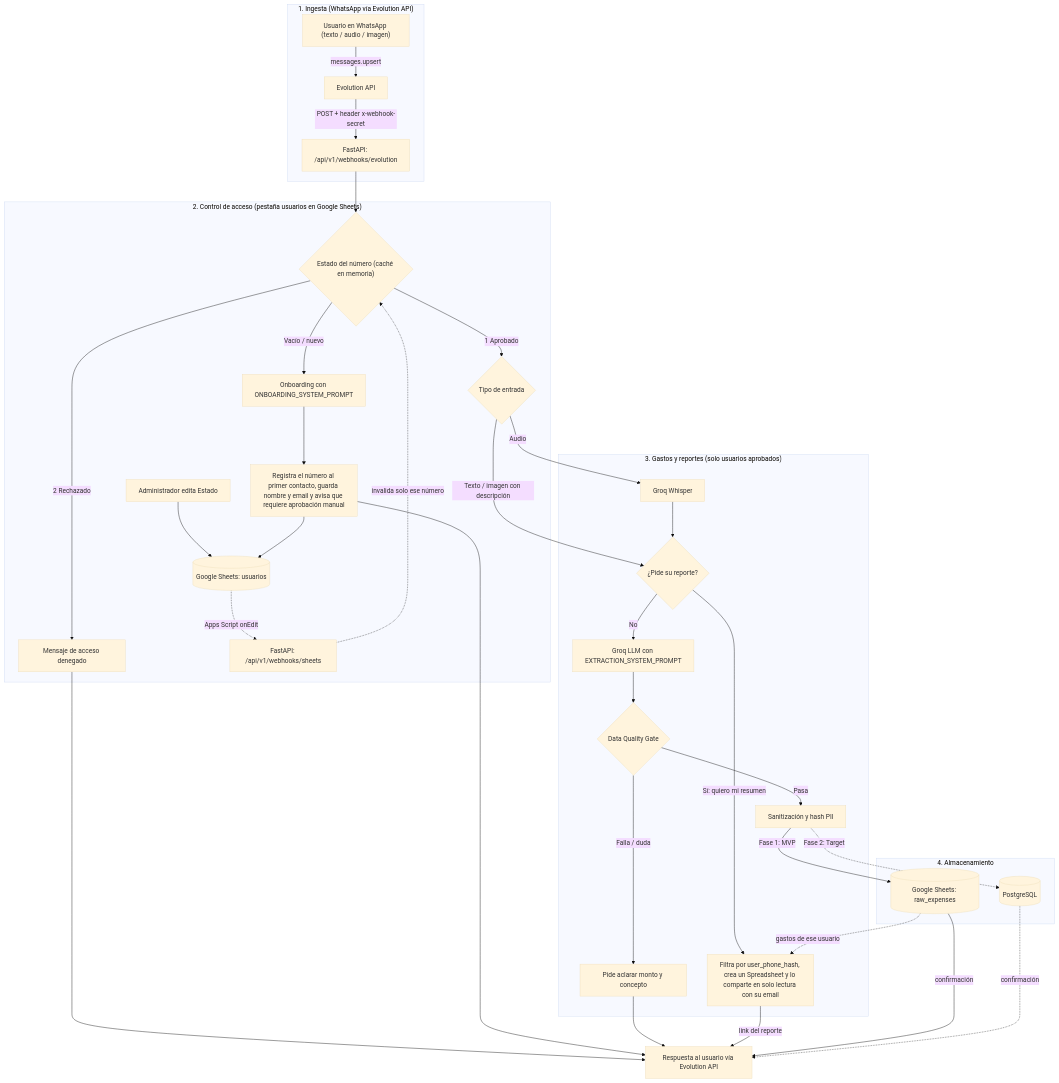
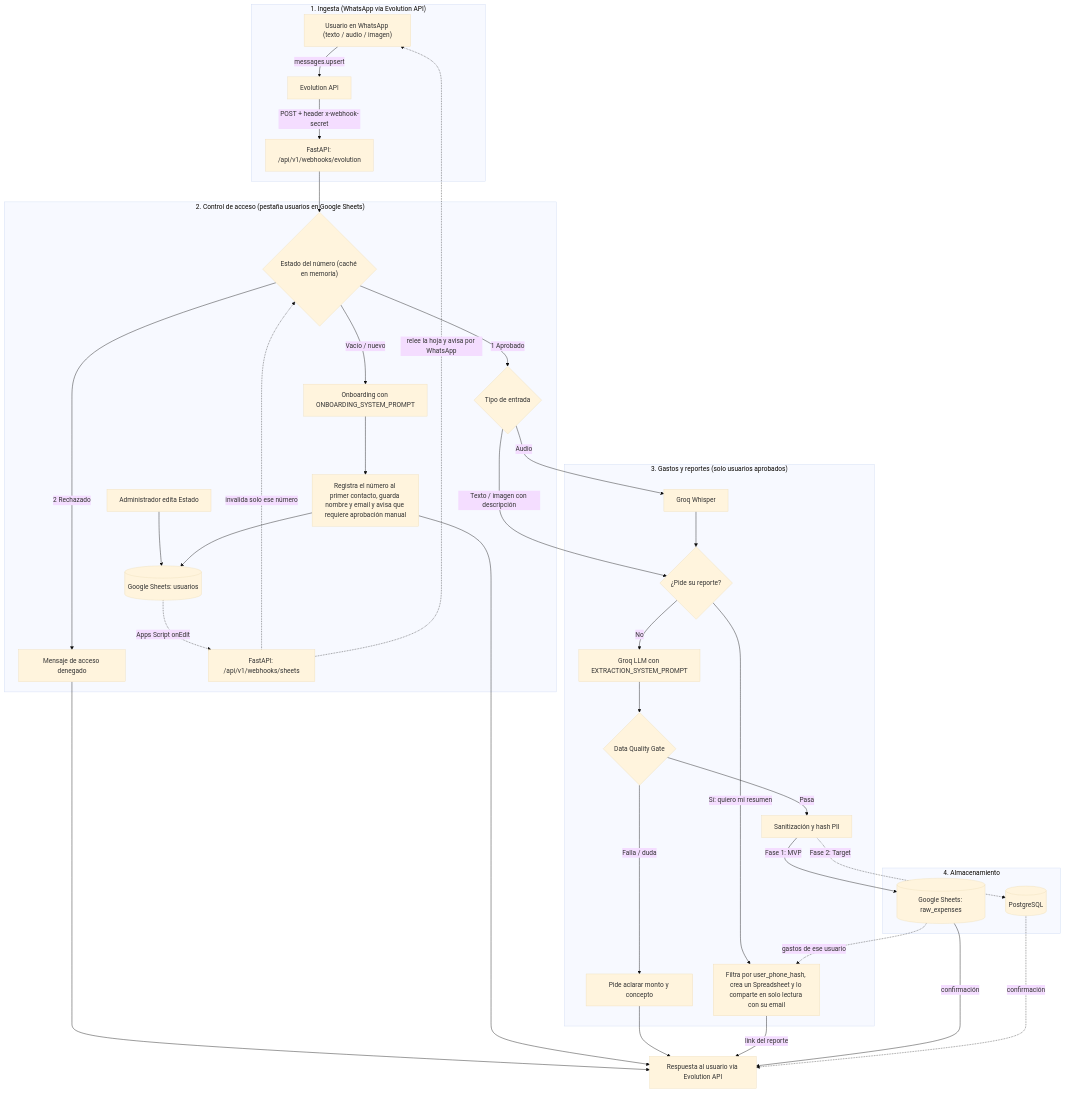
The first of 2 diagrams in README.md (AndersonMauricio/Bot-de-Registro-Financiero), drawn with Mermaid (base theme) before and after one commit. The commit also changed other lines of this file and 14 other files, not shown here.

````diff
--- a/README.md
+++ b/README.md
@@ -22,43 +22,44 @@
 ```mermaid
 flowchart TD
     subgraph Ingestion["1. Ingesta (WhatsApp vía Evolution API)"]
         WA["Usuario en WhatsApp (texto / audio / imagen)"] -->|"messages.upsert"| EVO["Evolution API"]
         EVO -->|"POST + header x-webhook-secret"| API["FastAPI: /api/v1/webhooks/evolution"]
     end
 
     subgraph Access["2. Control de acceso (pestaña usuarios en Google Sheets)"]
         API --> ROUTER{"Estado del número (caché en memoria)"}
         ROUTER -->|"2 Rechazado"| DENY["Mensaje de acceso denegado"]
         ROUTER -->|"Vacío / nuevo"| ONB["Onboarding con ONBOARDING_SYSTEM_PROMPT"]
         ONB --> PEND["Registra el número al primer contacto, guarda nombre y email y avisa que requiere aprobación manual"]
         ROUTER -->|"1 Aprobado"| INPUT{"Tipo de entrada"}
         ADMIN["Administrador edita Estado"] --> USERS[("Google Sheets: usuarios")]
         PEND --> USERS
         USERS -.->|"Apps Script onEdit"| HOOK["FastAPI: /api/v1/webhooks/sheets"]
         HOOK -.->|"invalida solo ese número"| ROUTER
+        HOOK -.->|"relee la hoja y avisa por WhatsApp"| WA
     end
 
     subgraph Expenses["3. Gastos y reportes (solo usuarios aprobados)"]
         INPUT -->|"Audio"| WHISPER["Groq Whisper"]
         INPUT -->|"Texto / imagen con descripción"| INTENT{"¿Pide su reporte?"}
         WHISPER --> INTENT
         INTENT -->|"No"| LLM["Groq LLM con EXTRACTION_SYSTEM_PROMPT"]
         INTENT -->|"Sí: quiero mi resumen"| REPORT["Filtra por user_phone_hash, crea un Spreadsheet y lo comparte en solo lectura con su email"]
         LLM --> DQ{"Data Quality Gate"}
         DQ -->|"Falla / duda"| ASK["Pide aclarar monto y concepto"]
         DQ -->|"Pasa"| SANITIZE["Sanitización y hash PII"]
     end
 
     subgraph Storage["4. Almacenamiento"]
         SANITIZE -->|"Fase 1: MVP"| GS[("Google Sheets: raw_expenses")]
         SANITIZE -.->|"Fase 2: Target"| PG[("PostgreSQL")]
         GS -.->|"gastos de ese usuario"| REPORT
     end
 
     DENY --> OUT["Respuesta al usuario vía Evolution API"]
     PEND --> OUT
     ASK --> OUT
     REPORT -->|"link del reporte"| OUT
     GS -->|"confirmación"| OUT
     PG -.->|"confirmación"| OUT
 ```
````
